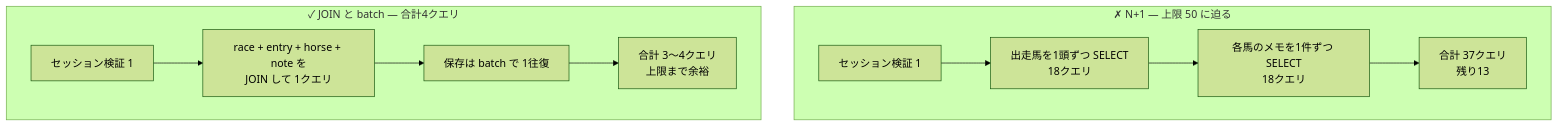
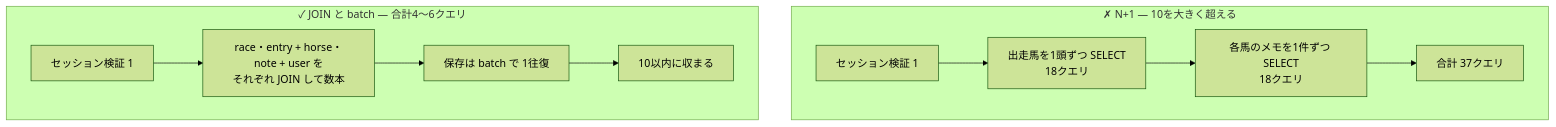
One commit to Atoyr/keiba-note changed diagram 11 of 11 in docs/architecture.md. Above: the diagram before and after it, drawn with Mermaid (forest theme). The commit also changed other lines of this file and 56 other files, not shown here.

````diff
--- a/docs/architecture.md
+++ b/docs/architecture.md
@@ -1089,14 +911,14 @@
 ```mermaid
 flowchart TB
-    subgraph bad["✗ N+1 — 上限 50 に迫る"]
+    subgraph bad["✗ N+1 — 10を大きく超える"]
         B1["セッション検証 1"] --> B2["出走馬を1頭ずつ SELECT<br/>18クエリ"]
         B2 --> B3["各馬のメモを1件ずつ SELECT<br/>18クエリ"]
-        B3 --> B4["合計 37クエリ<br/>残り13"]
+        B3 --> B4["合計 37クエリ"]
     end
 
-    subgraph good["✓ JOIN と batch — 合計4クエリ"]
-        G1["セッション検証 1"] --> G2["race + entry + horse + note を<br/>JOIN して 1クエリ"]
+    subgraph good["✓ JOIN と batch — 合計4〜6クエリ"]
+        G1["セッション検証 1"] --> G2["race・entry + horse・note + user を<br/>それぞれ JOIN して数本"]
         G2 --> G3["保存は batch で 1往復"]
-        G3 --> G4["合計 3〜4クエリ<br/>上限まで余裕"]
+        G3 --> G4["10以内に収まる"]
     end
 ```
````
